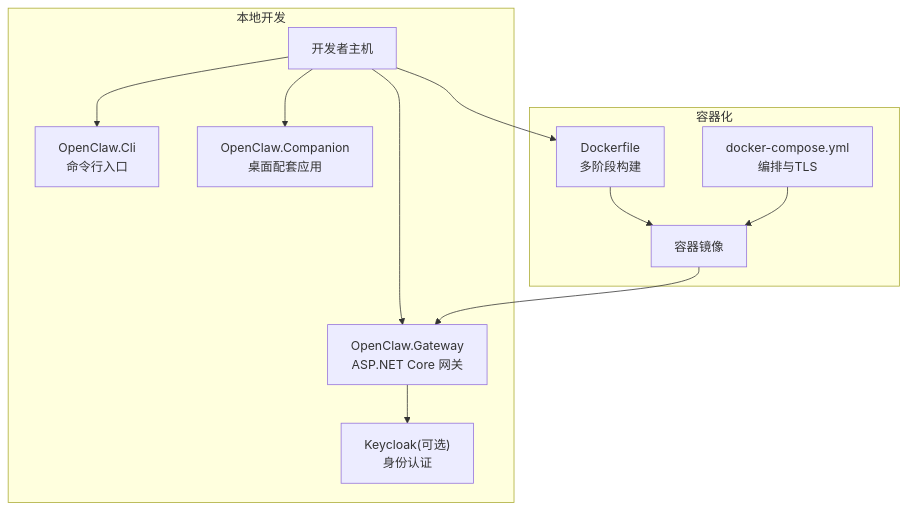
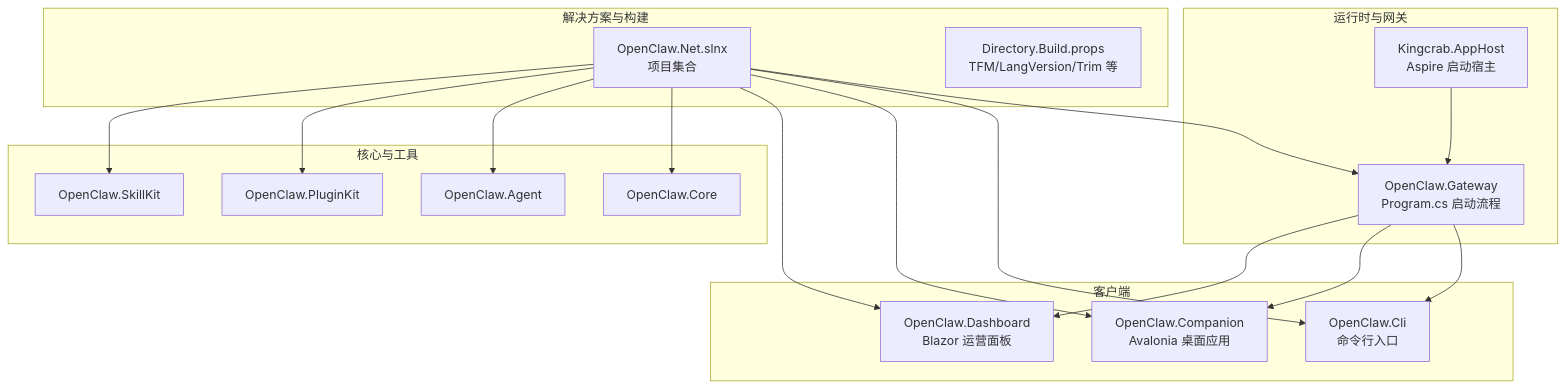
Before and after one commit to wayyet/kingcrab: the first of 4 diagrams in .qoder/repowiki/zh/content/快速开始.md, drawn with Mermaid. The commit also changed other lines of this file and 173 other files, not shown here.

````diff
--- a/.qoder/repowiki/zh/content/快速开始.md
+++ b/.qoder/repowiki/zh/content/快速开始.md
@@ -40,23 +39,34 @@
 ```mermaid
 graph TB
-subgraph "本地开发"
-Dev["开发者主机"]
+subgraph "解决方案与构建"
+SLNX["OpenClaw.Net.slnx<br/>项目集合"]
+DBP["Directory.Build.props<br/>TFM/LangVersion/Trim 等"]
+end
+subgraph "运行时与网关"
+GW["OpenClaw.Gateway<br/>Program.cs 启动流程"]
+APPHOST["Kingcrab.AppHost<br/>Aspire 启动宿主"]
+end
+subgraph "客户端"
 CLI["OpenClaw.Cli<br/>命令行入口"]
-Companion["OpenClaw.Companion<br/>桌面配套应用"]
-Gateway["OpenClaw.Gateway<br/>ASP.NET Core 网关"]
-Keycloak["Keycloak(可选)<br/>身份认证"]
+COM["OpenClaw.Companion<br/>Avalonia 桌面应用"]
+DASH["OpenClaw.Dashboard<br/>Blazor 运营面板"]
 end
-subgraph "容器化"
-Dockerfile["Dockerfile<br/>多阶段构建"]
-Compose["docker-compose.yml<br/>编排与TLS"]
-Image["容器镜像"]
+subgraph "核心与工具"
+CORE["OpenClaw.Core"]
+AGENT["OpenClaw.Agent"]
+PLUG["OpenClaw.PluginKit"]
+SKILL["OpenClaw.SkillKit"]
 end
-Dev --> CLI
-Dev --> Companion
-Dev --> Gateway
-Gateway --> Keycloak
-Dev --> Dockerfile
-Dockerfile --> Image
-Compose --> Image
-Image --> Gateway
+SLNX --> GW
+SLNX --> CLI
+SLNX --> COM
+SLNX --> DASH
+SLNX --> CORE
+SLNX --> AGENT
+SLNX --> PLUG
+SLNX --> SKILL
+APPHOST --> GW
+GW --> CLI
+GW --> COM
+GW --> DASH
 ```
````
